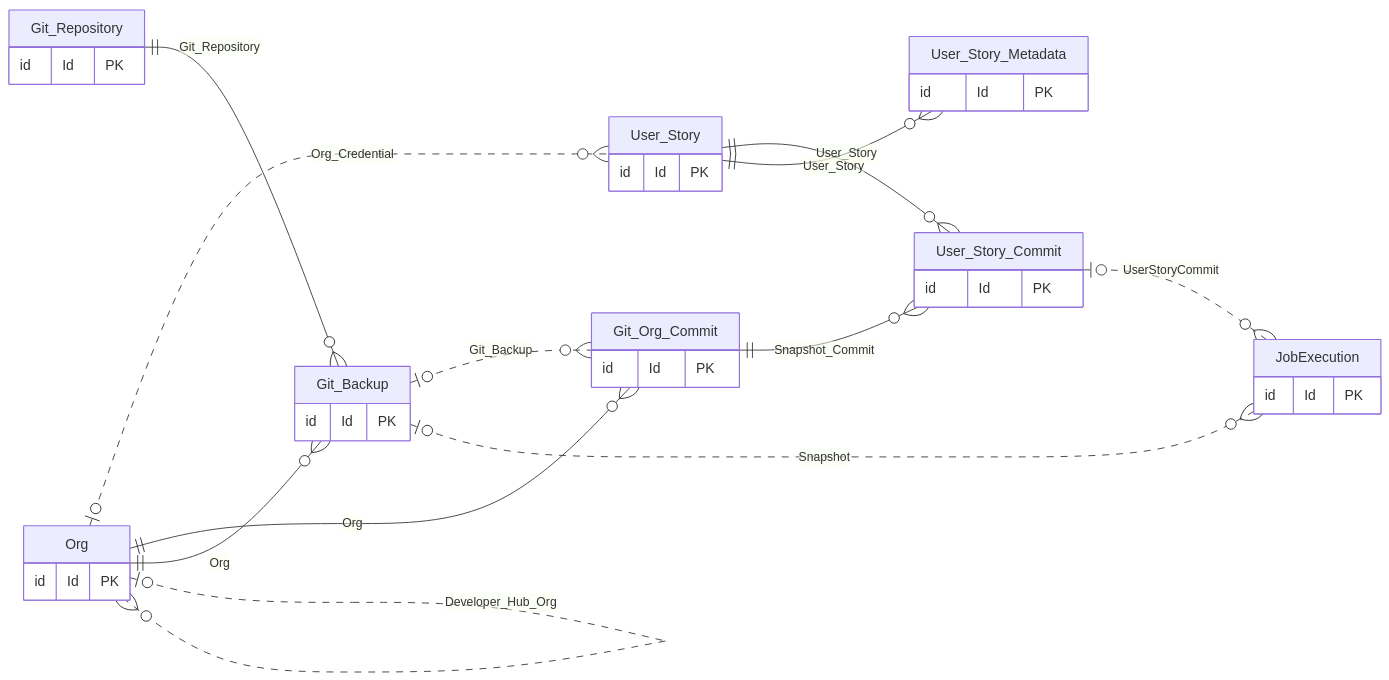
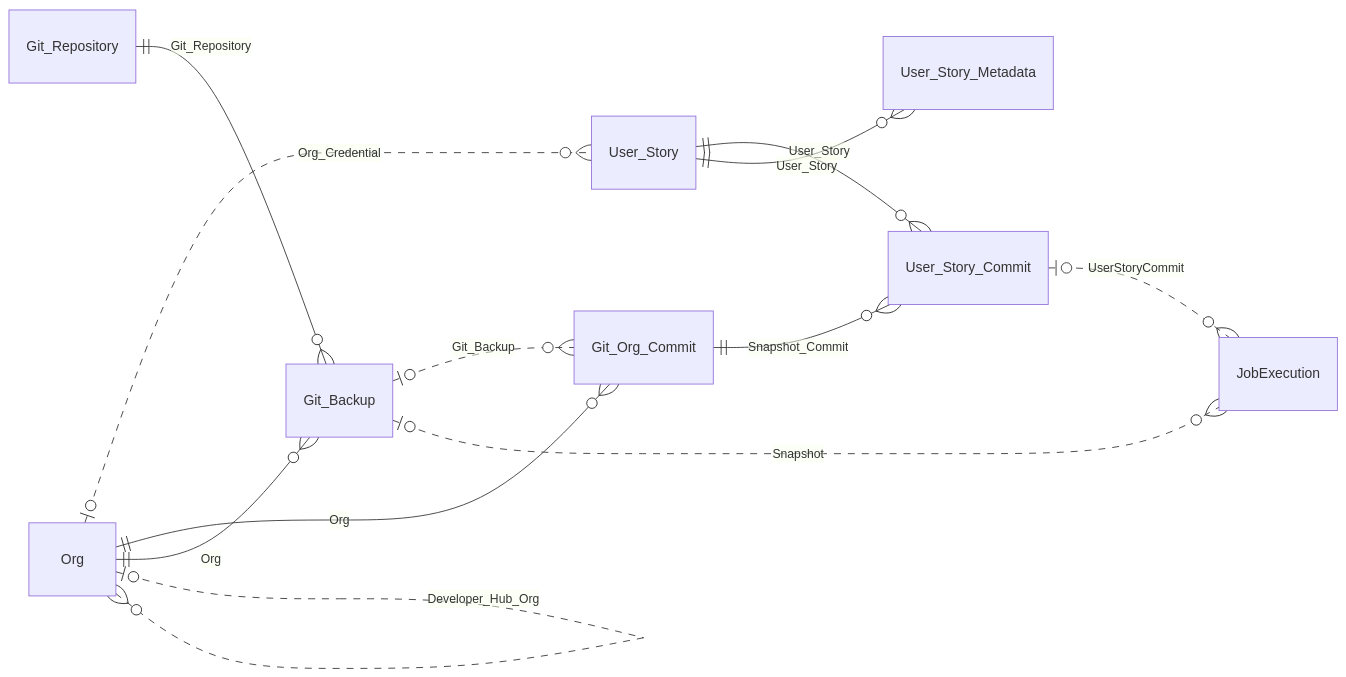
The diagram in resources/copado-source-format/02-commits.mmd (airbah/monsite), drawn with Mermaid before and after one commit. The commit also changed 19 other files, not shown here.

Commit message:
Simplifier les diagrammes Copado en retirant la ligne Id et PK

```diff
--- a/resources/copado-source-format/02-commits.mmd
+++ b/resources/copado-source-format/02-commits.mmd
@@ -1,37 +1,21 @@
 erDiagram
     direction LR
-    User_Story {
-        id Id PK
-    }
-    User_Story_Metadata {
-        id Id PK
-    }
-    User_Story_Commit {
-        id Id PK
-    }
-    Git_Org_Commit {
-        id Id PK
-    }
-    Git_Backup {
-        id Id PK
-    }
-    Git_Repository {
-        id Id PK
-    }
-    Org {
-        id Id PK
-    }
-    JobExecution {
-        id Id PK
-    }
+    User_Story
+    User_Story_Metadata
+    User_Story_Commit
+    Git_Org_Commit
+    Git_Backup
+    Git_Repository
+    Org
+    JobExecution
     Org |o..o{ User_Story : "Org_Credential"
     User_Story ||--o{ User_Story_Commit : "User_Story"
     Git_Org_Commit ||--o{ User_Story_Commit : "Snapshot_Commit"
     User_Story ||--o{ User_Story_Metadata : "User_Story"
     Org ||--o{ Git_Org_Commit : "Org"
     Git_Backup |o..o{ Git_Org_Commit : "Git_Backup"
     Git_Repository ||--o{ Git_Backup : "Git_Repository"
     Org ||--o{ Git_Backup : "Org"
     Org |o..o{ Org : "Developer_Hub_Org"
     Git_Backup |o..o{ JobExecution : "Snapshot"
     User_Story_Commit |o..o{ JobExecution : "UserStoryCommit"
```
